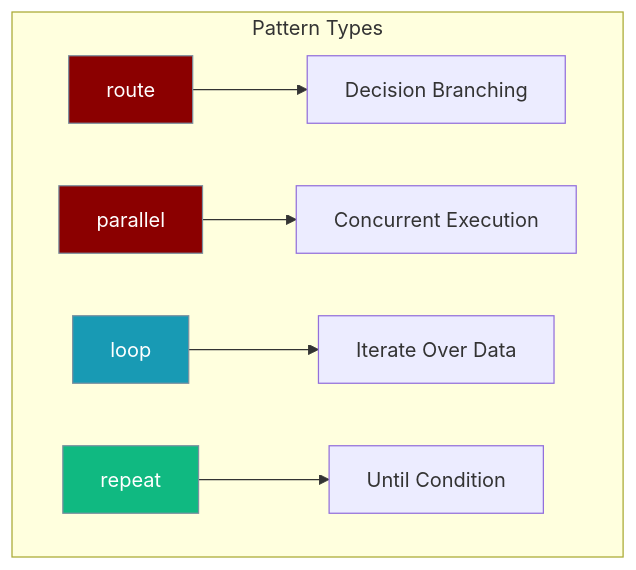
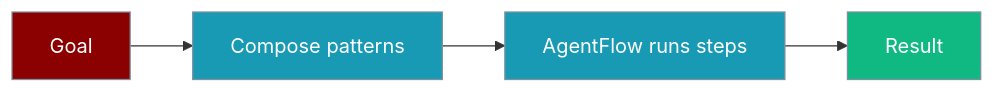
Before and after one commit to MervinPraison/PraisonAIDocs: the first of 3 diagrams in docs/features/workflow-patterns.mdx, drawn with Mermaid. The commit also changed other lines of this file and 9 other files, not shown here.

````diff
--- a/docs/features/workflow-patterns.mdx
+++ b/docs/features/workflow-patterns.mdx
@@ -23,16 +21,13 @@
 ```mermaid
-graph TD
-    subgraph "Pattern Types"
-        A[route] --> A1[Decision Branching]
-        B[parallel] --> B1[Concurrent Execution]
-        C[loop] --> C1[Iterate Over Data]
-        D[repeat] --> D1[Until Condition]
-    end
-    classDef agent fill:#8B0000,stroke:#7C90A0,color:#fff
-    classDef tool fill:#189AB4,stroke:#7C90A0,color:#fff
-    classDef success fill:#10B981,stroke:#7C90A0,color:#fff
-    class A,B agent
-    class C tool
-    class D success
+graph LR
+    In[Goal] --> Compose[Compose patterns]
+    Compose --> Run[AgentFlow runs steps]
+    Run --> Out[Result]
 
+    classDef input fill:#8B0000,stroke:#7C90A0,color:#fff
+    classDef process fill:#189AB4,stroke:#7C90A0,color:#fff
+    classDef output fill:#10B981,stroke:#7C90A0,color:#fff
+    class In input
+    class Compose,Run process
+    class Out output
 ```
````
